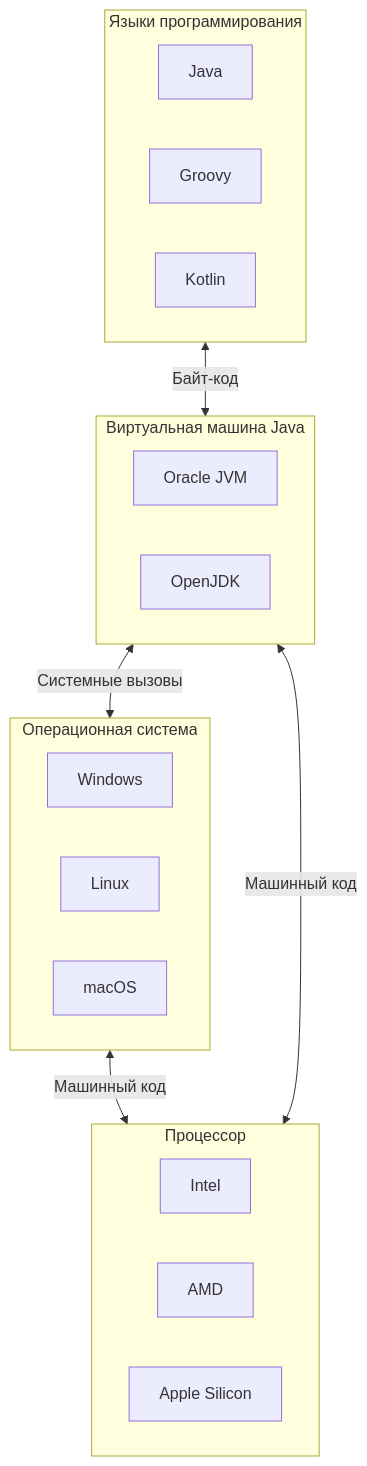
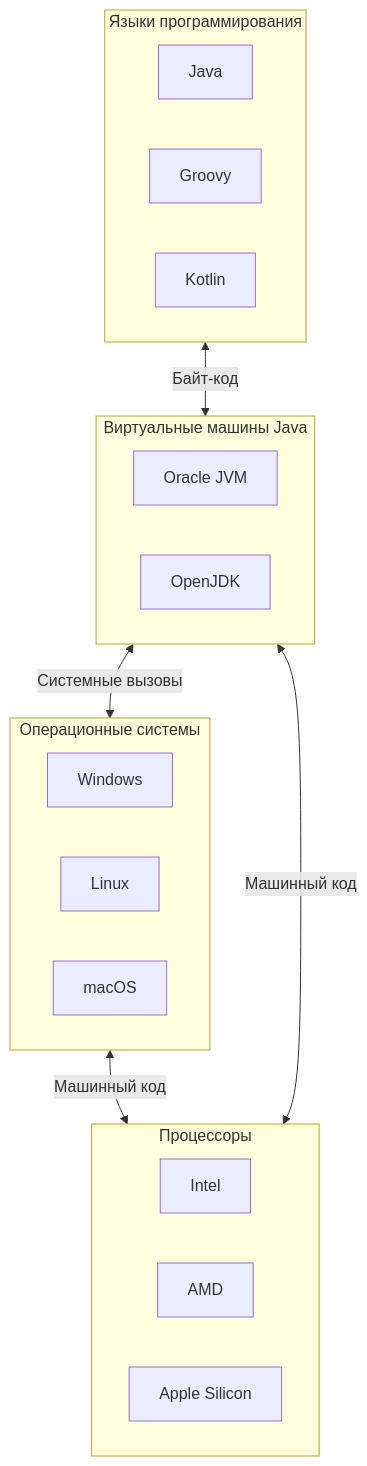
The diagram in src/00_03_abstractions_and_vms.md (m0003r/python-book), drawn with Mermaid before and after one commit. The commit also changed other lines of this file and 11 other files, not shown here.

````diff
--- a/src/00_03_abstractions_and_vms.md
+++ b/src/00_03_abstractions_and_vms.md
@@ -50,26 +49,26 @@
 ```mermaid
 flowchart TD
     subgraph Lang[Языки программирования]
         Java
         Groovy
         Kotlin    
     end
     Lang <-->|Байт-код| JVM
-    subgraph JVM[Виртуальная машина Java]
+    subgraph JVM[Виртуальные машины Java]
         Or[Oracle JVM]
         OpenJDK    
     end
     JVM <-->|Системные вызовы| OS
-    subgraph OS[Операционная система]
+    subgraph OS[Операционные системы]
         Windows
         Linux
         macOS
     end
     OS <-->|Машинный код| Proc
     JVM <-->|Машинный код| Proc
-    subgraph Proc[Процессор]
+    subgraph Proc[Процессоры]
         Intel
         AMD
         ARM[Apple Silicon]
     end
 ```
````
